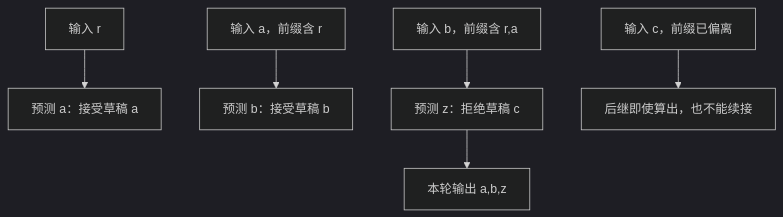
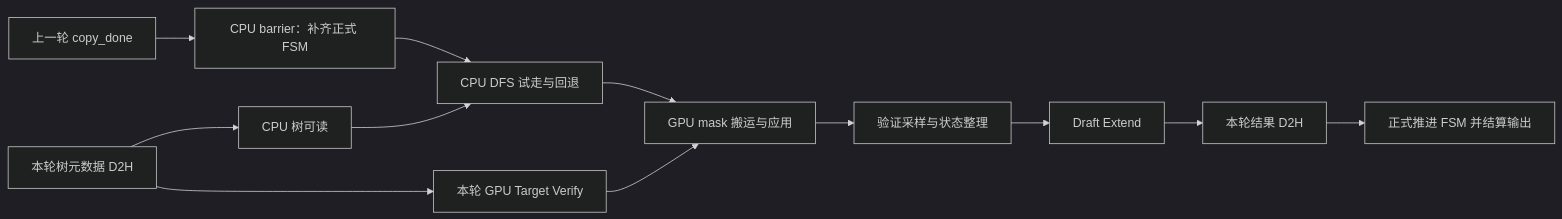
Before and after one commit to Asher-XunZhang/ai-infra-wiki: the third of 3 diagrams in sglang/高级生成/SGLang 模型状态与高级生成机制学习文档.md, drawn with Mermaid (dark theme). The commit also changed other lines of this file and 14 other files, not shown here.

````diff
--- a/sglang/高级生成/SGLang 模型状态与高级生成机制学习文档.md
+++ b/sglang/高级生成/SGLang 模型状态与高级生成机制学习文档.md
@@ -71,8 +147,14 @@
-```mermaid
-flowchart TD
-    R[输入 r] --> A[预测 a：接受草稿 a]
-    AB[输入 a，前缀含 r] --> B[预测 b：接受草稿 b]
-    BB[输入 b，前缀含 r,a] --> Z[预测 z：拒绝草稿 c]
-    C[输入 c，前缀已偏离] --> X[后继即使算出，也不能续接]
-    Z --> O[本轮输出 a,b,z]
-```
+~~~mermaid
+flowchart LR
+    P[上一轮 copy_done] --> B[CPU barrier：补齐正式 FSM]
+    D[本轮树元数据 D2H] --> T[CPU 树可读]
+    B --> DFS[CPU DFS 试走与回退]
+    T --> DFS
+    D --> V[本轮 GPU Target Verify]
+    DFS --> M[GPU mask 搬运与应用]
+    V --> M
+    M --> S[验证采样与状态整理]
+    S --> E[Draft Extend]
+    E --> C[本轮结果 D2H]
+    C --> A[正式推进 FSM 并结算输出]
+~~~
````
